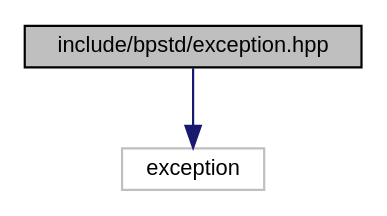
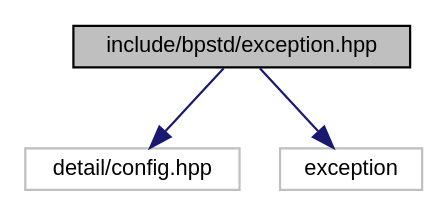
The diagram in api/latest/d9/df9/exception_8hpp__incl.dot (bitwizeshift/BackportCpp), drawn with Graphviz before and after one commit. The commit also changed 183 other files, not shown here.

```diff
--- a/api/latest/d9/df9/exception_8hpp__incl.dot
+++ b/api/latest/d9/df9/exception_8hpp__incl.dot
@@ -1,8 +1,10 @@
 digraph "include/bpstd/exception.hpp"
 {
   edge [fontname="Helvetica",fontsize="10",labelfontname="Helvetica",labelfontsize="10"];
   node [fontname="Helvetica",fontsize="10",shape=record];
   Node0 [label="include/bpstd/exception.hpp",height=0.2,width=0.4,color="black", fillcolor="grey75", style="filled", fontcolor="black"];
   Node0 -> Node1 [color="midnightblue",fontsize="10",style="solid",fontname="Helvetica"];
-  Node1 [label="exception",height=0.2,width=0.4,color="grey75", fillcolor="white", style="filled"];
+  Node1 [label="detail/config.hpp",height=0.2,width=0.4,color="grey75", fillcolor="white", style="filled"];
+  Node0 -> Node2 [color="midnightblue",fontsize="10",style="solid",fontname="Helvetica"];
+  Node2 [label="exception",height=0.2,width=0.4,color="grey75", fillcolor="white", style="filled"];
 }
```
